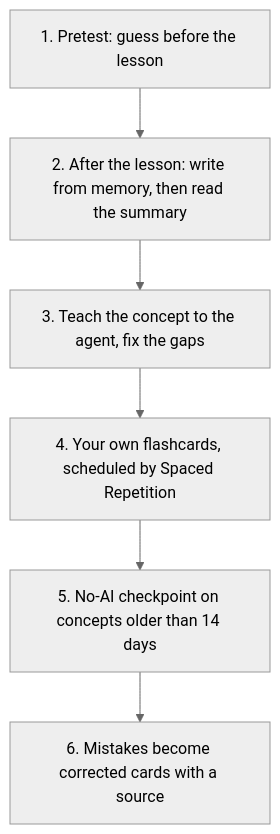
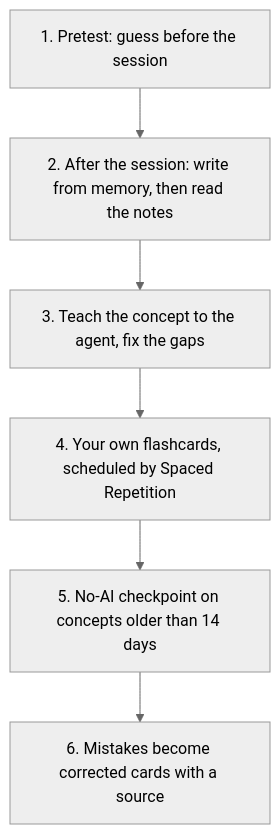
One commit to erikunha/vault-of-loci changed the second of 2 diagrams in 40_References/Guides/Studying_with_AI.md. Above: the diagram before and after it, drawn with Mermaid (neutral theme). The commit also changed other lines of this file and 60 other files, not shown here.

````diff
--- a/40_References/Guides/Studying_with_AI.md
+++ b/40_References/Guides/Studying_with_AI.md
@@ -94,8 +94,8 @@
 ```mermaid
 flowchart TB
-  A1["1. Pretest: guess before the lesson"] --> A2["2. After the lesson: write from memory, then read the summary"]
+  A1["1. Pretest: guess before the session"] --> A2["2. After the session: write from memory, then read the notes"]
   A2 --> A3["3. Teach the concept to the agent, fix the gaps"]
   A3 --> A4["4. Your own flashcards, scheduled by Spaced Repetition"]
   A4 --> A5["5. No-AI checkpoint on concepts older than 14 days"]
   A5 --> A6["6. Mistakes become corrected cards with a source"]
 ```
````
